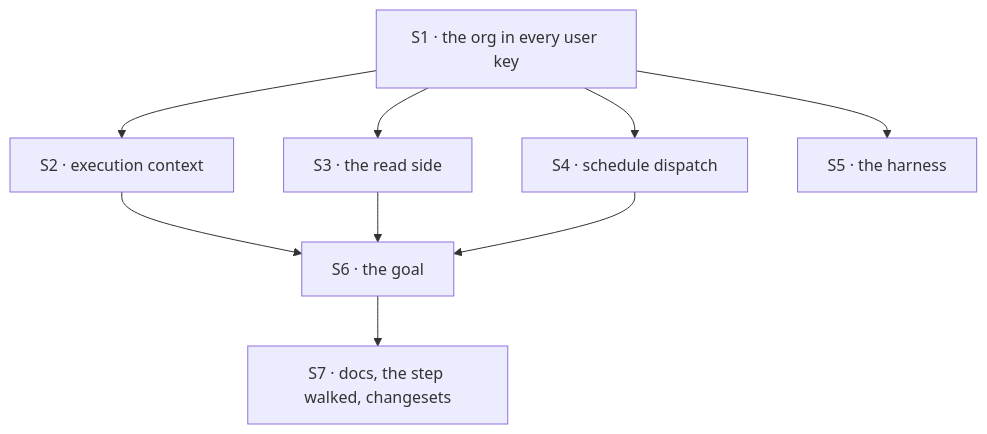
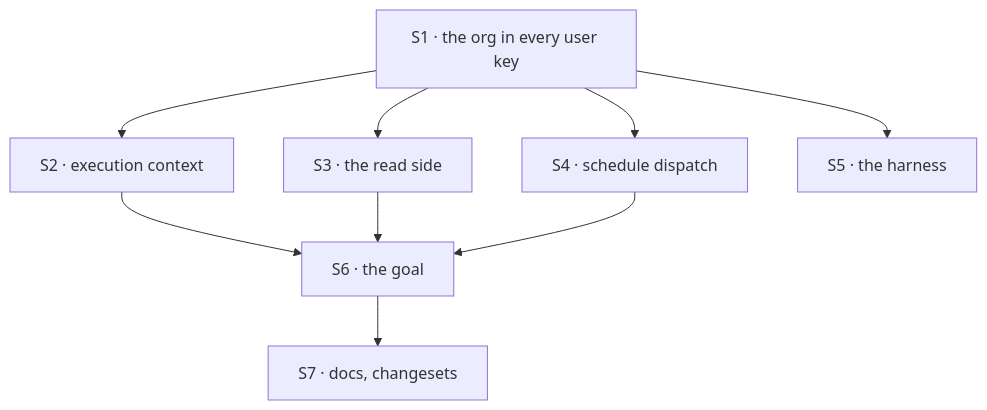
Before and after one commit to fixpoint-labs/flow-state-dev: the diagram in specs/issues/FIX-1790/PLAN.md, drawn with Mermaid. The commit also changed other lines of this file and 37 other files, not shown here.

````diff
--- a/specs/issues/FIX-1790/PLAN.md
+++ b/specs/issues/FIX-1790/PLAN.md
@@ -30,11 +30,11 @@
 ```mermaid
 flowchart TD
   S1["S1 · the org in every user key"] --> S2["S2 · execution context"]
   S1 --> S3["S3 · the read side"]
   S1 --> S4["S4 · schedule dispatch"]
   S1 --> S5["S5 · the harness"]
   S2 --> S6["S6 · the goal"]
   S3 --> S6
   S4 --> S6
-  S6 --> S7["S7 · docs, the step walked, changesets"]
+  S6 --> S7["S7 · docs, changesets"]
 ```
````
